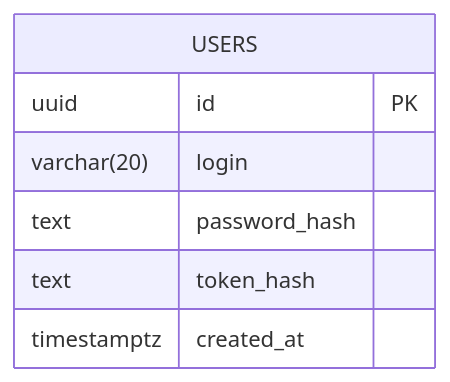
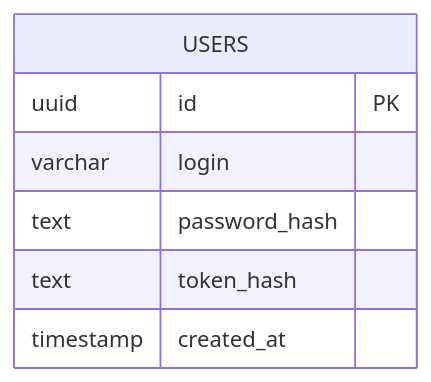
The first of 3 diagrams in README.md (PushinMax/lesta-tf-idf-go), drawn with Mermaid before and after one commit. The commit also changed other lines of this file, not shown here.

````diff
--- a/README.md
+++ b/README.md
@@ -86,10 +86,10 @@
 ```mermaid
 erDiagram
     USERS {
         uuid id PK
-        varchar(20) login
+        varchar login
         text password_hash
         text token_hash
-        timestamptz created_at
+        timestamp created_at
     }
 ```
````
